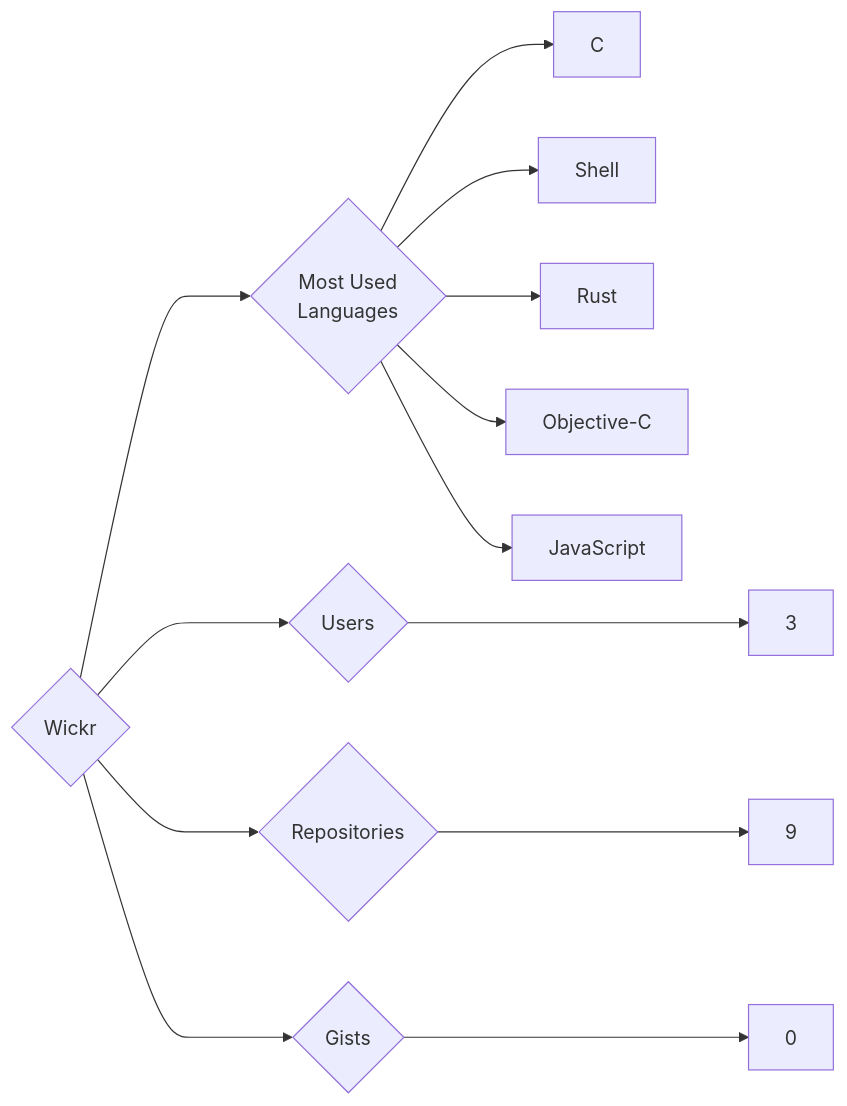
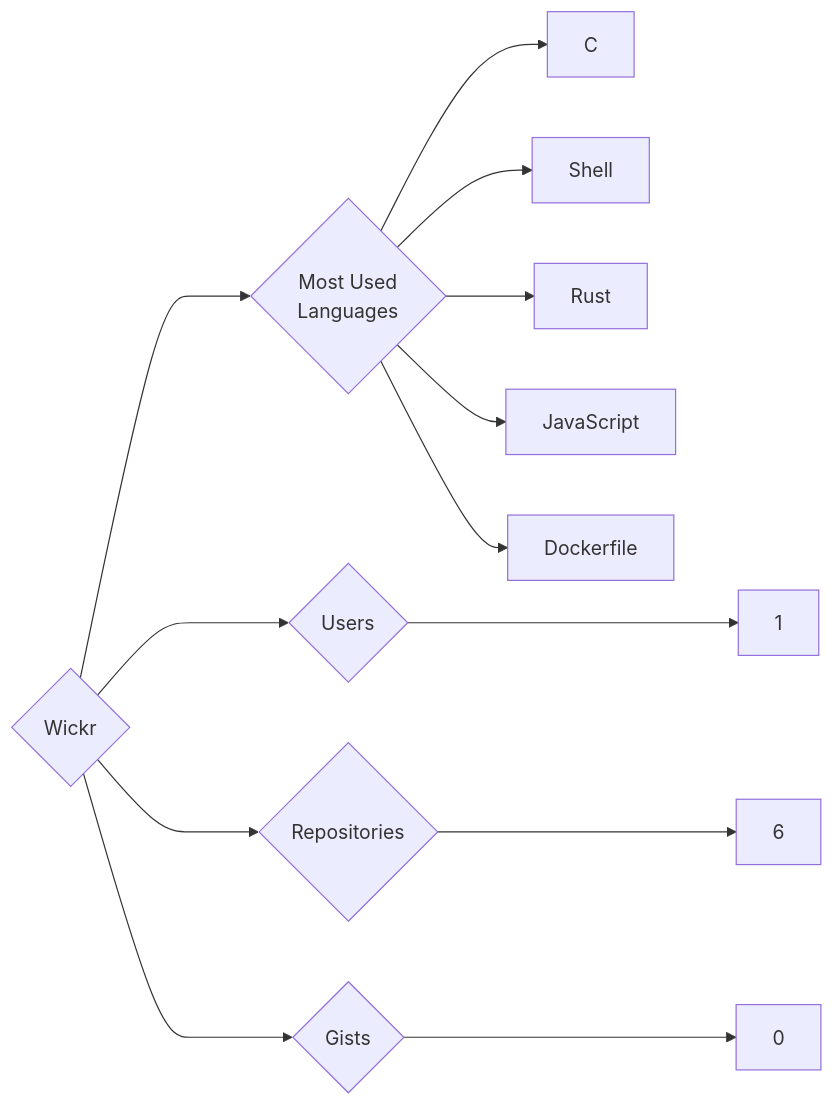
One commit to trickest/insiders changed the diagram in targets/Wickr/README.md. Above: the diagram before and after it, drawn with Mermaid. The commit also changed 970 other files, not shown here.

````diff
--- a/targets/Wickr/README.md
+++ b/targets/Wickr/README.md
@@ -3,13 +3,13 @@
 ```mermaid
 graph LR
 COMPANY_NAME{Wickr}
-COMPANY_NAME ---> U{Users} ---> UN[3]
-COMPANY_NAME ---> R{Repositories} ---> RN[9]
+COMPANY_NAME ---> U{Users} ---> UN[1]
+COMPANY_NAME ---> R{Repositories} ---> RN[6]
 COMPANY_NAME ---> G{Gists} ---> GN[0]
 COMPANY_NAME ---> ML{Most Used<br>Languages}
 ML --> C[C]
 ML --> Shell[Shell]
 ML --> Rust[Rust]
-ML --> Objective-C[Objective-C]
 ML --> JavaScript[JavaScript]
+ML --> Dockerfile[Dockerfile]
 ```
````
